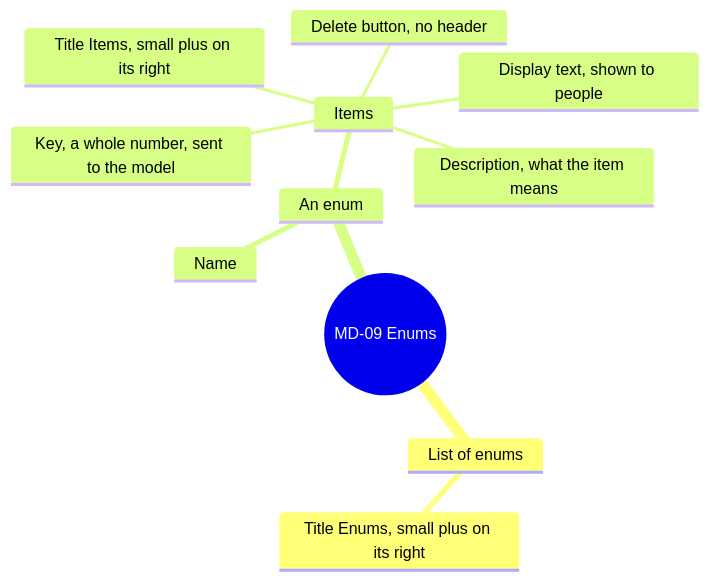
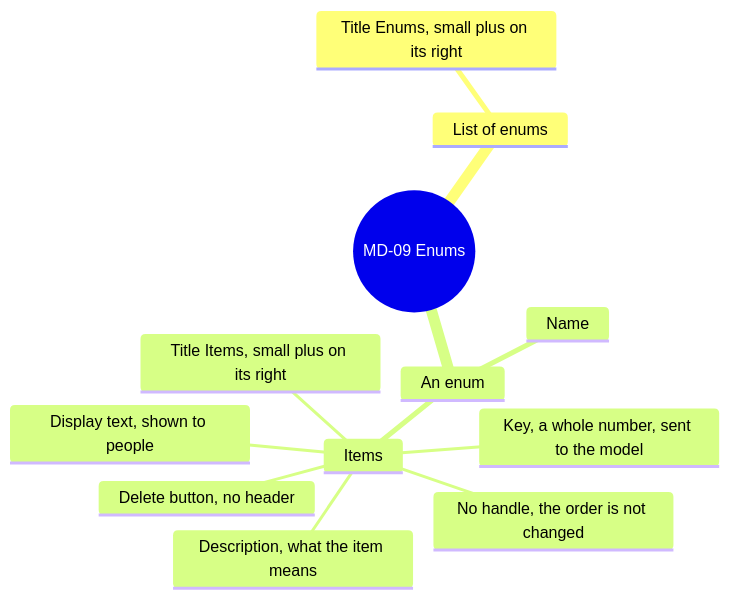
Before and after one commit to AlexandreGallais/synoptic-studio-spec: diagram 15 of 16 in screens/metadata.md, drawn with Mermaid. The commit also changed other lines of this file and 7 other files, not shown here.

````diff
--- a/screens/metadata.md
+++ b/screens/metadata.md
@@ -457,14 +496,15 @@
 ```mermaid
 mindmap
   root((MD-09 Enums))
     List of enums
       Title Enums, small plus on its right
     An enum
       Name
       Items
         Title Items, small plus on its right
         Key, a whole number, sent to the model
+        Display text, shown to people
         Description, what the item means
-        Display text, shown to people
         Delete button, no header
+        No handle, the order is not changed
 ```
````
